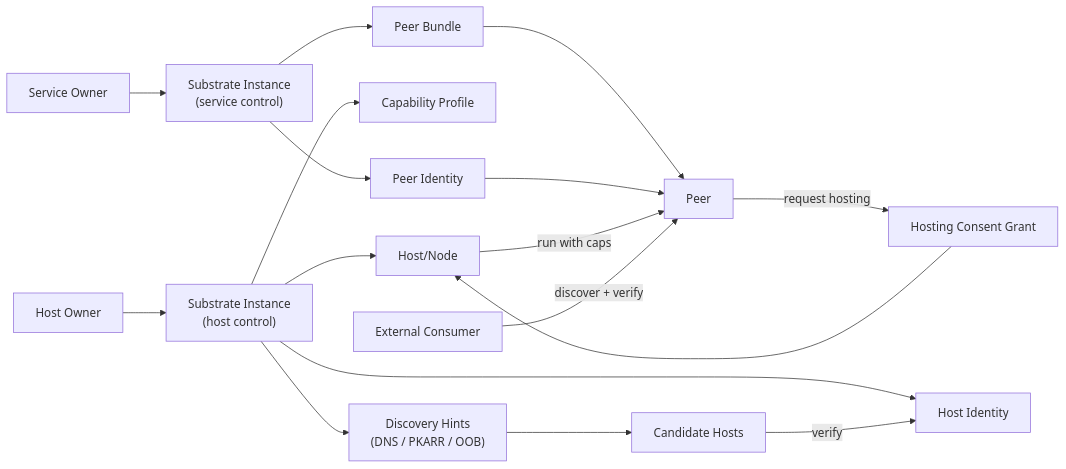
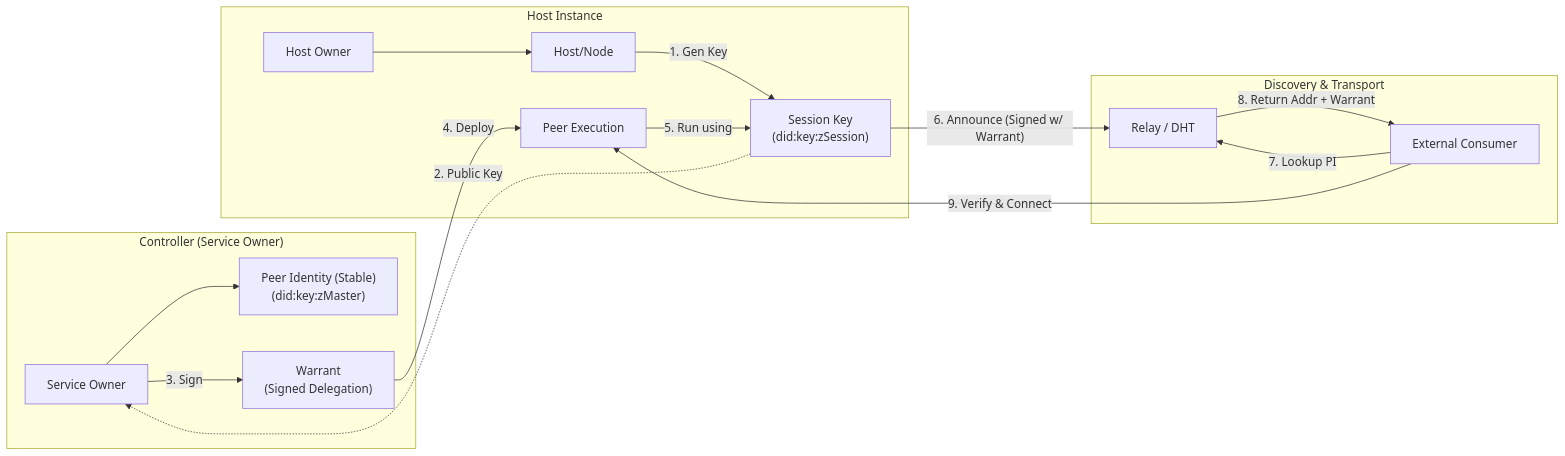
One commit to syneroym/syneroym changed the first of 2 diagrams in product/04-system-model.md. Above: the diagram before and after it, drawn with Mermaid. The commit also changed other lines of this file and 1 other file, not shown here.

Commit message:
doc: plugged some architecture and cli option holes

````diff
--- a/product/04-system-model.md
+++ b/product/04-system-model.md
@@ -63,25 +68,41 @@
 ```mermaid
 flowchart LR
-  HO["Host Owner"] --> SIH["Substrate Instance\n(host control)"]
-  SIH --> H["Host/Node"]
-  SIH --> HI["Host Identity"]
-  SIH --> CP["Capability Profile"]
-  SIH --> DH["Discovery Hints\n(DNS / PKARR / OOB)"]
+  subgraph Controller ["Controller (Service Owner)"]
+    SO["Service Owner"]
+    PI["Peer Identity (Stable)
+(did:key:zMaster)"]
+    W["Warrant
+(Signed Delegation)"]
+  end
 
-  SO["Service Owner"] --> SIS["Substrate Instance\n(service control)"]
-  SIS --> PB["Peer Bundle"]
-  SIS --> PI["Peer Identity"]
+  subgraph HostEnvironment ["Host Instance"]
+    HO["Host Owner"]
+    H["Host/Node"]
+    SK["Session Key
+(did:key:zSession)"]
+    P["Peer Execution"]
+  end
 
-  PB --> P["Peer"]
-  PI --> P
+  subgraph Network ["Discovery & Transport"]
+    DL["Relay / DHT"]
+    EC["External Consumer"]
+  end
 
-  DH --> CAND["Candidate Hosts"]
-  CAND -->|"verify"| HI
+  HO --> H
+  SO --> PI
+  
+  %% Delegation Flow
+  H -->|"1. Gen Key"| SK
+  SK -.->|"2. Public Key"| SO
+  SO -->|"3. Sign"| W
+  W -->|"4. Deploy"| P
+  P -->|"5. Run using"| SK
 
-  P -->|"request hosting"| HC["Hosting Consent Grant"]
-  HC --> H
+  %% Network Announcement
+  SK -->|"6. Announce (Signed w/ Warrant)"| DL
 
-  H -->|"run with caps"| P
-
-  EC["External Consumer"] -->|"discover + verify"| P
+  %% Consumption
+  EC -->|"7. Lookup PI"| DL
+  DL -->|"8. Return Addr + Warrant"| EC
+  EC -->|"9. Verify & Connect"| P
 ```
````
